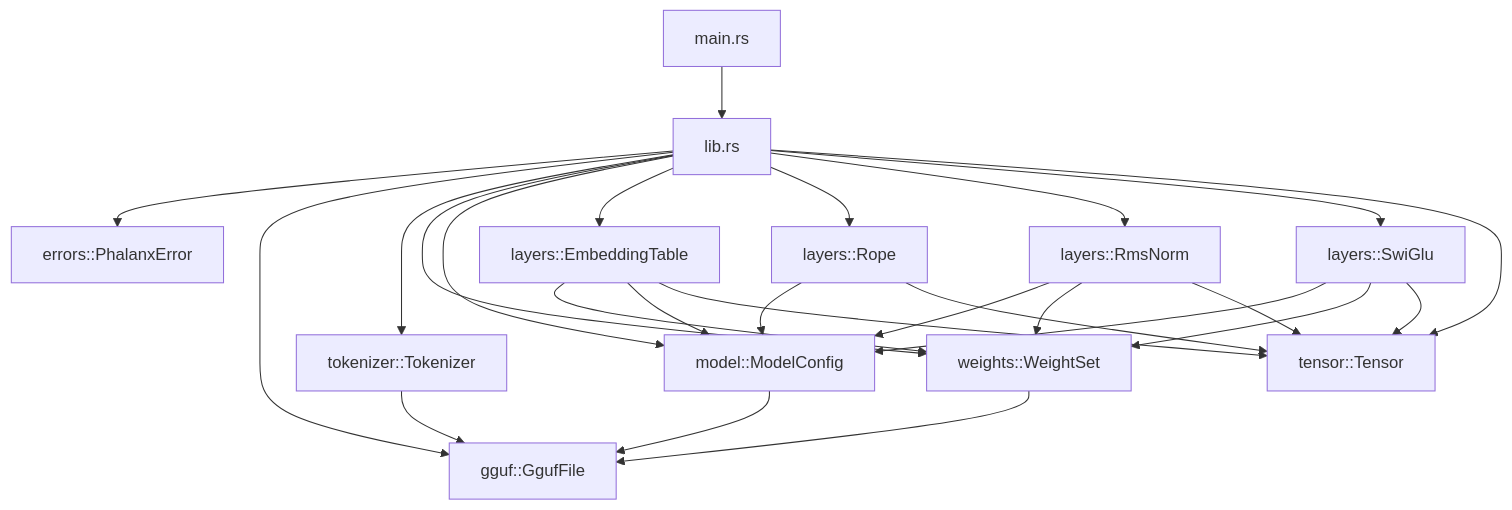
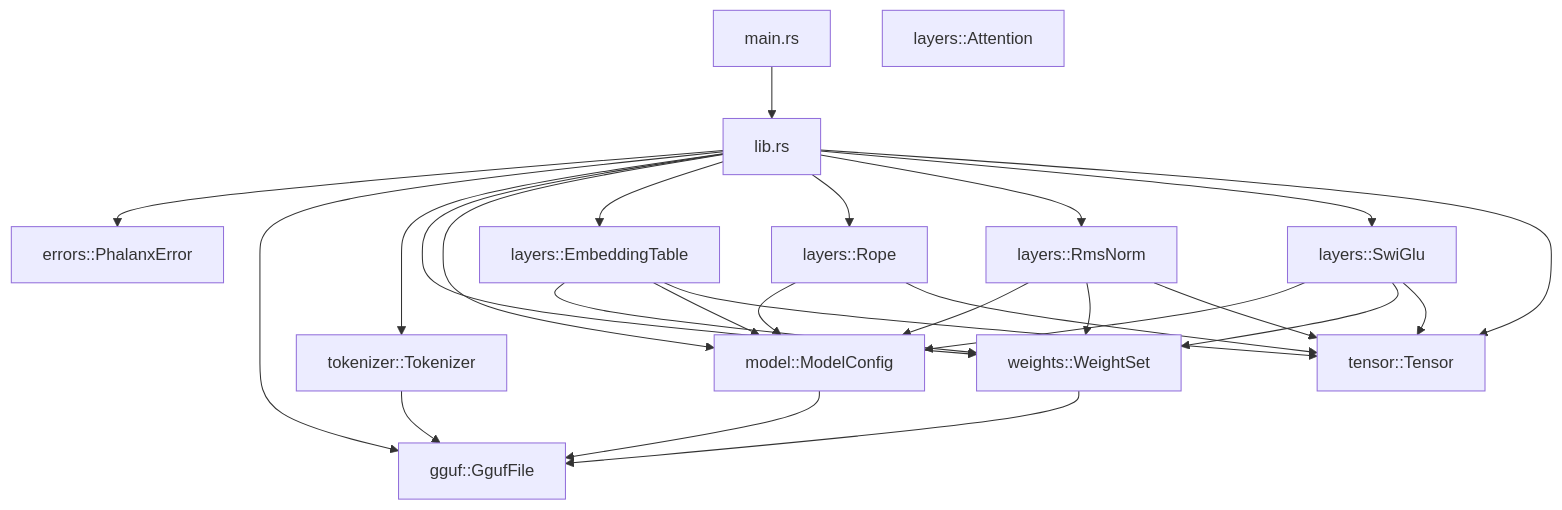
Before and after one commit to 404khai/phalanx: the first of 2 diagrams in docs/architecture.md, drawn with Mermaid. The commit also changed other lines of this file and 14 other files, not shown here.

Commit message:
feat(layers): implement causal GQA/MHA Attention with optional RoPE and Odyssey cross-validation

````diff
--- a/docs/architecture.md
+++ b/docs/architecture.md
@@ -16,41 +16,42 @@
 ```mermaid
 flowchart TB
     main["main.rs"]
     lib["lib.rs"]
     errors["errors::PhalanxError"]
     gguf["gguf::GgufFile"]
     tok["tokenizer::Tokenizer"]
     weights["weights::WeightSet"]
     model["model::ModelConfig"]
     emb["layers::EmbeddingTable"]
     rope["layers::Rope"]
     rms["layers::RmsNorm"]
     ffn["layers::SwiGlu"]
+    attn["layers::Attention"]
     tensor["tensor::Tensor"]
 
     main --> lib
     lib --> errors
     lib --> gguf
     lib --> tok
     lib --> weights
     lib --> model
     lib --> emb
     lib --> rope
     lib --> rms
     lib --> ffn
     lib --> tensor
     tok --> gguf
     weights --> gguf
     model --> gguf
     emb --> weights
     emb --> model
     rope --> model
     rms --> model
     rms --> weights
     ffn --> model
     ffn --> weights
     emb --> tensor
     rope --> tensor
     rms --> tensor
     ffn --> tensor
 ```
````
